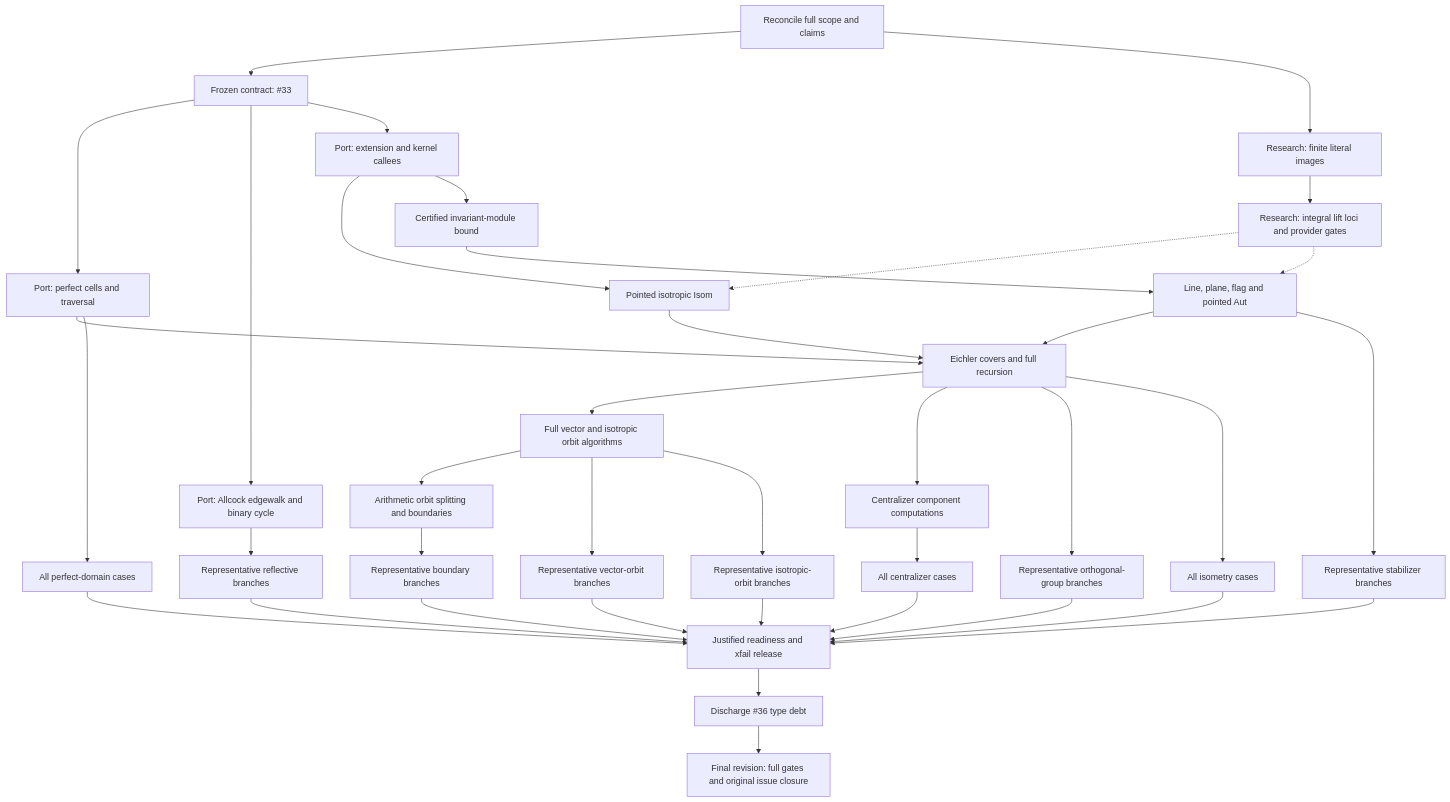
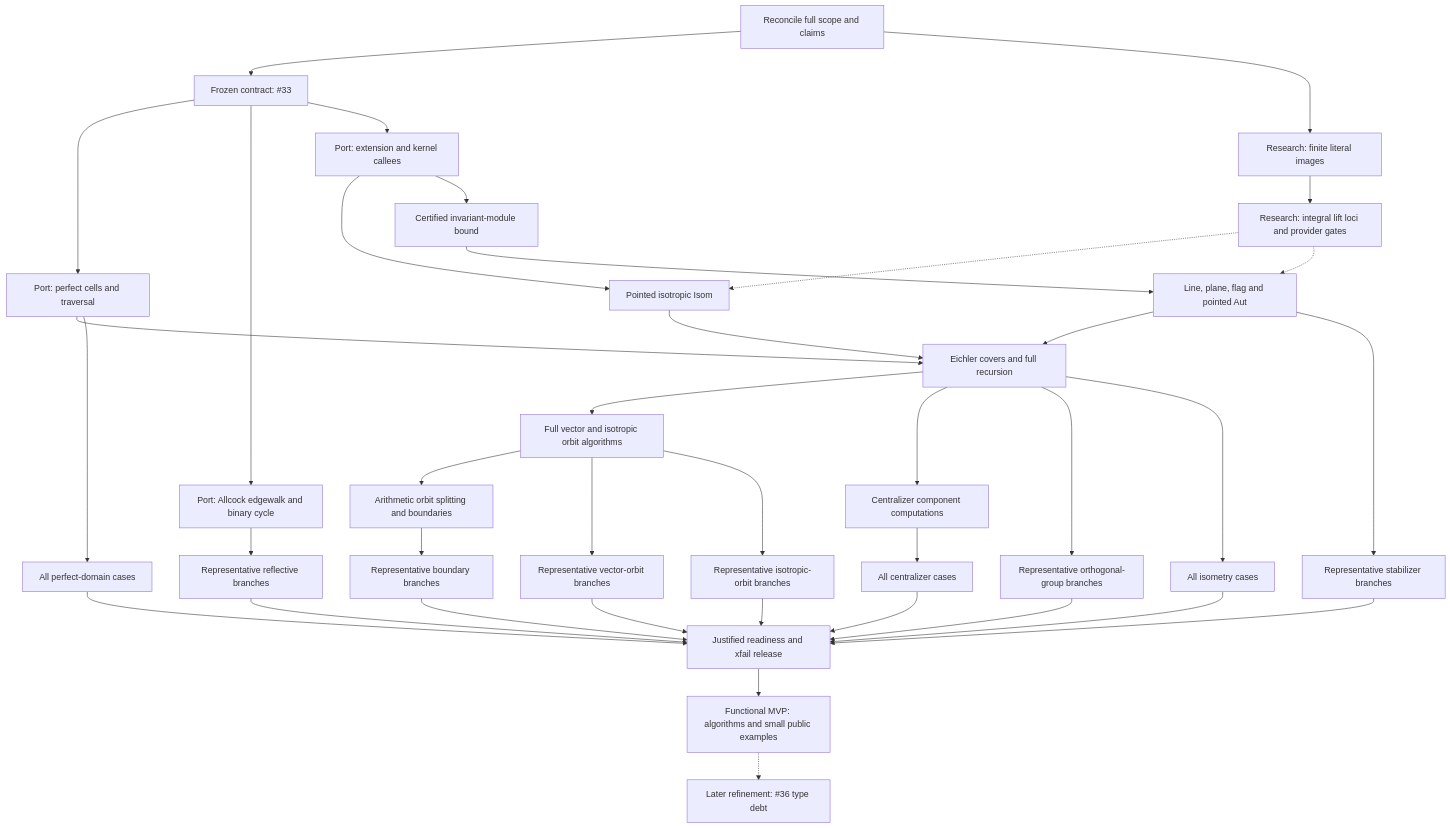
Before and after one commit to dzackgarza/sage-indefinite-port: the diagram in TODO.md, drawn with Mermaid. The commit also changed other lines of this file and 3 other files, not shown here.

First line of the commit message:
Handle empty anisotropic zero fibres and apply the functional MVP directive

````diff
--- a/TODO.md
+++ b/TODO.md
@@ -58,32 +61,32 @@
 ```mermaid
 flowchart TD
     SCOPE[Reconcile full scope and claims] --> CONTRACT[Frozen contract: #33]
     SCOPE --> FINITE[Research: finite literal images]
     FINITE --> LIFTS[Research: integral lift loci and provider gates]
     CONTRACT --> CELLS[Port: perfect cells and traversal]
     CONTRACT --> EDGEWALK[Port: Allcock edgewalk and binary cycle]
     CONTRACT --> EXTEND[Port: extension and kernel callees]
     EXTEND --> POINTED[Pointed isotropic Isom]
     EXTEND --> BOUND[Certified invariant-module bound]
     BOUND --> PARABOLIC[Line, plane, flag and pointed Aut]
     POINTED --> RECURSION[Eichler covers and full recursion]
     PARABOLIC --> RECURSION
     CELLS --> RECURSION
     RECURSION --> ORBITS[Full vector and isotropic orbit algorithms]
     ORBITS --> ARITHMETIC[Arithmetic orbit splitting and boundaries]
     RECURSION --> CENTRALIZERS[Centralizer component computations]
     CELLS --> A_PERFECT[All perfect-domain cases]
     EDGEWALK --> A_REFLECTIVE[Representative reflective branches]
     RECURSION --> A_GROUPS[Representative orthogonal-group branches]
     RECURSION --> A_ISOMETRY[All isometry cases]
     PARABOLIC --> A_STABILIZERS[Representative stabilizer branches]
     ORBITS --> A_VECTORS[Representative vector-orbit branches]
     ORBITS --> A_ISOTROPIC[Representative isotropic-orbit branches]
     ARITHMETIC --> A_BOUNDARIES[Representative boundary branches]
     CENTRALIZERS --> A_CENTRALIZERS[All centralizer cases]
     LIFTS -.-> POINTED & PARABOLIC
     A_PERFECT & A_REFLECTIVE & A_GROUPS & A_ISOMETRY --> RELEASE[Justified readiness and xfail release]
     A_STABILIZERS & A_VECTORS & A_ISOTROPIC & A_BOUNDARIES & A_CENTRALIZERS --> RELEASE
-    RELEASE --> TYPES[Discharge #36 type debt]
-    TYPES --> FINAL[Final revision: full gates and original issue closure]
+    RELEASE --> FINAL[Functional MVP: algorithms and small public examples]
+    FINAL -.-> TYPES[Later refinement: #36 type debt]
 ```
````
